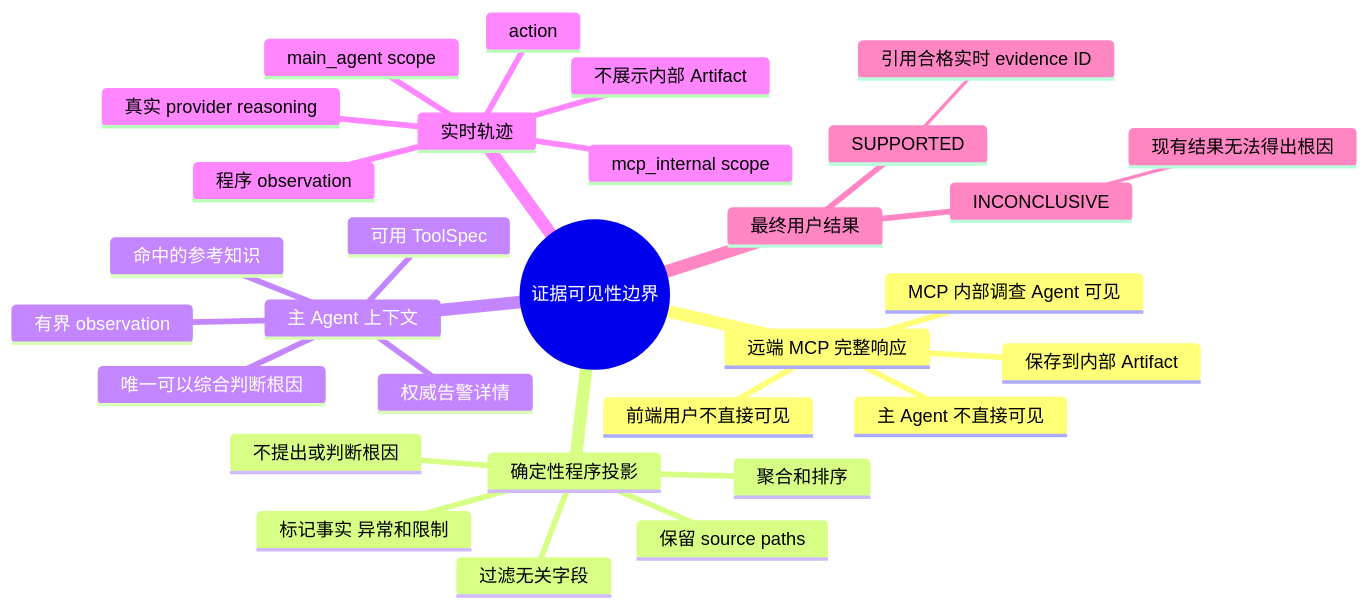
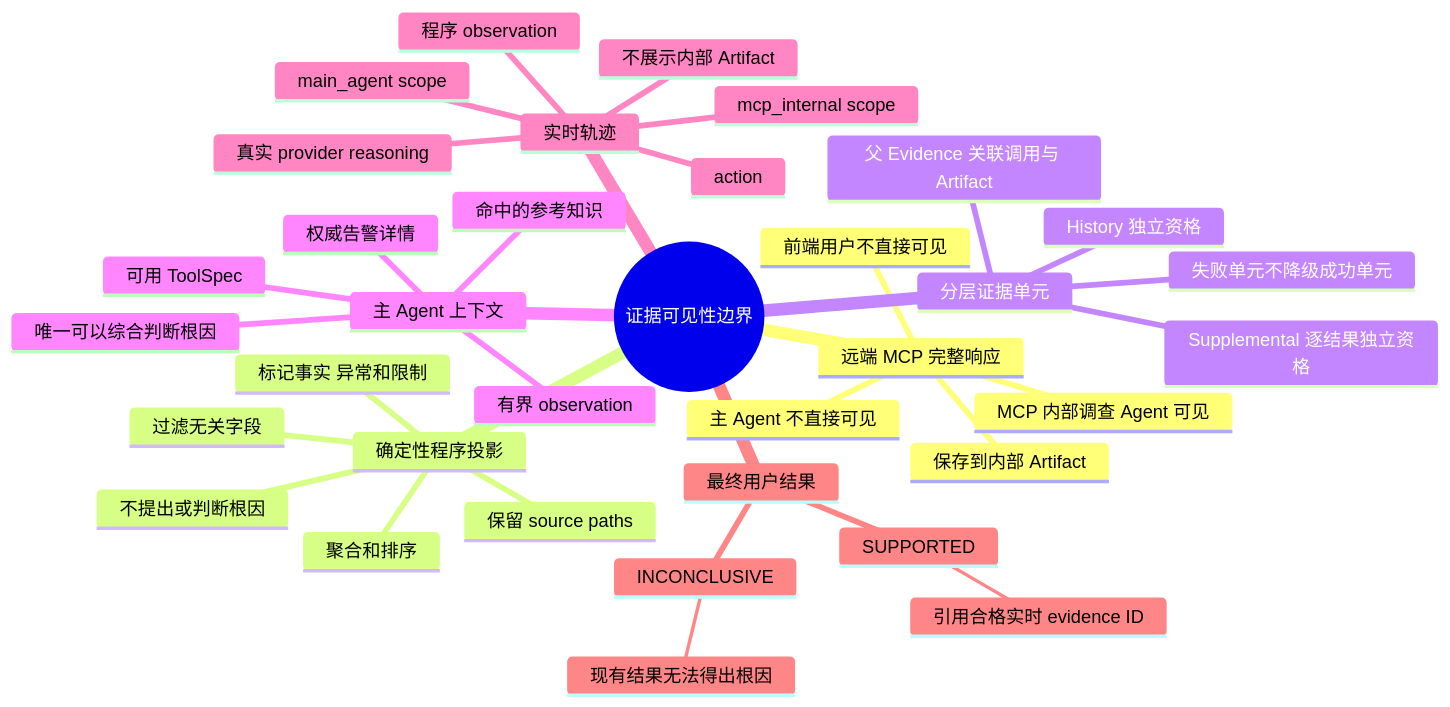
One commit to 180cmchn/Database-Alert-Agent changed the fifth of 5 diagrams in docs/project-architecture.md. Above: the diagram before and after it, drawn with Mermaid. The commit also changed other lines of this file and 41 other files, not shown here.

````diff
--- a/docs/project-architecture.md
+++ b/docs/project-architecture.md
@@ -345,33 +352,38 @@
 ```mermaid
 mindmap
   root((证据可见性边界))
     远端 MCP 完整响应
       MCP 内部调查 Agent 可见
       保存到内部 Artifact
       主 Agent 不直接可见
       前端用户不直接可见
     确定性程序投影
       过滤无关字段
       聚合和排序
       标记事实 异常和限制
       保留 source paths
       不提出或判断根因
+    分层证据单元
+      父 Evidence 关联调用与 Artifact
+      History 独立资格
+      Supplemental 逐结果独立资格
+      失败单元不降级成功单元
     主 Agent 上下文
       权威告警详情
       命中的参考知识
       有界 observation
       可用 ToolSpec
       唯一可以综合判断根因
     实时轨迹
       main_agent scope
       mcp_internal scope
       真实 provider reasoning
       action
       程序 observation
       不展示内部 Artifact
     最终用户结果
       SUPPORTED
         引用合格实时 evidence ID
       INCONCLUSIVE
         现有结果无法得出根因
 ```
````
